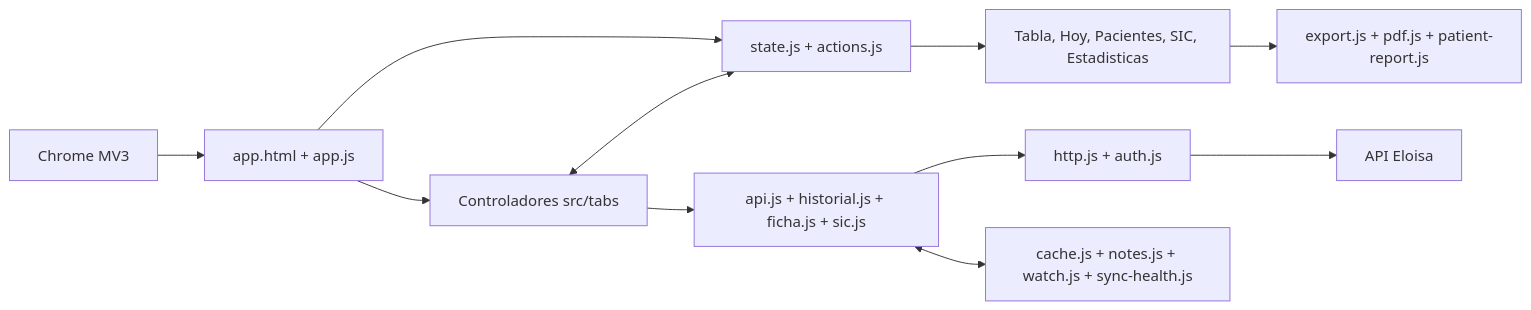
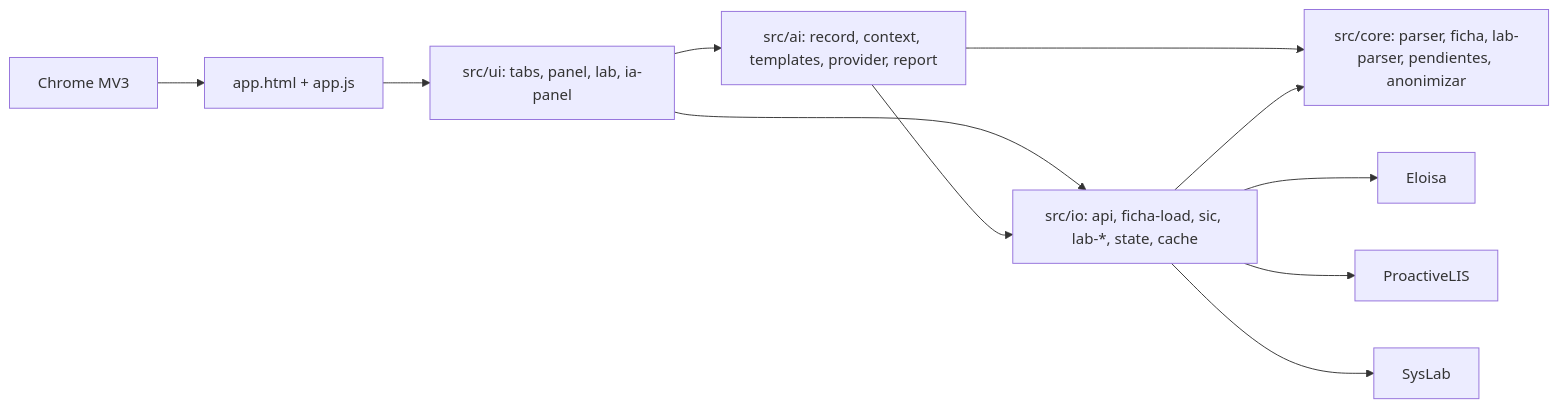
The diagram in ARCHITECTURE.md (DanielOpazoD/rayen-extension), drawn with Mermaid before and after one commit. The commit also changed other lines of this file and 6 other files, not shown here.

````diff
--- a/ARCHITECTURE.md
+++ b/ARCHITECTURE.md
@@ -17,13 +26,11 @@
 ```mermaid
 flowchart LR
   Chrome[Chrome MV3] --> Entry[app.html + app.js]
-  Entry --> Tabs[Controladores src/tabs]
-  Entry --> State[state.js + actions.js]
-  Tabs <--> State
-  State --> Render[Tabla, Hoy, Pacientes, SIC, Estadisticas]
-  Tabs --> Services[api.js + historial.js + ficha.js + sic.js]
-  Services --> Transport[http.js + auth.js]
-  Transport --> Eloisa[API Eloisa]
-  Services <--> Storage[cache.js + notes.js + watch.js + sync-health.js]
-  Render --> Export[export.js + pdf.js + patient-report.js]
+  Entry --> UI[src/ui: tabs, panel, lab, ia-panel]
+  UI --> IO[src/io: api, ficha-load, sic, lab-*, state, cache]
+  UI --> AI[src/ai: record, context, templates, provider, report]
+  AI --> IO
+  AI --> CORE[src/core: parser, ficha, lab-parser, pendientes, anonimizar]
+  IO --> CORE
+  IO --> Eloisa[Eloisa] & HSR[ProactiveLIS] & HHR[SysLab]
 ```
````
